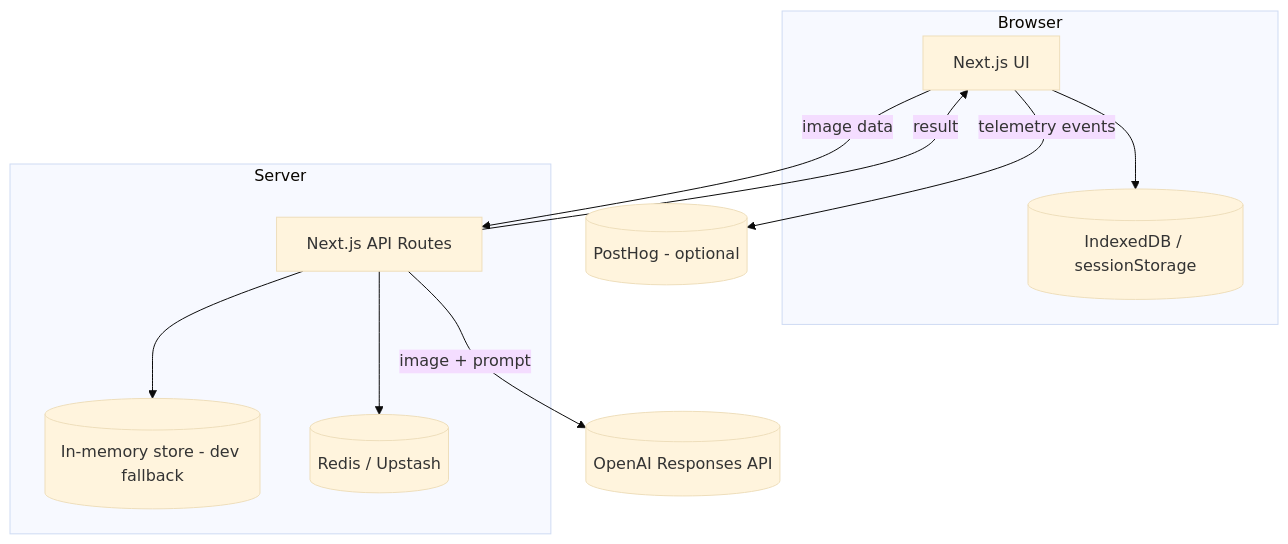
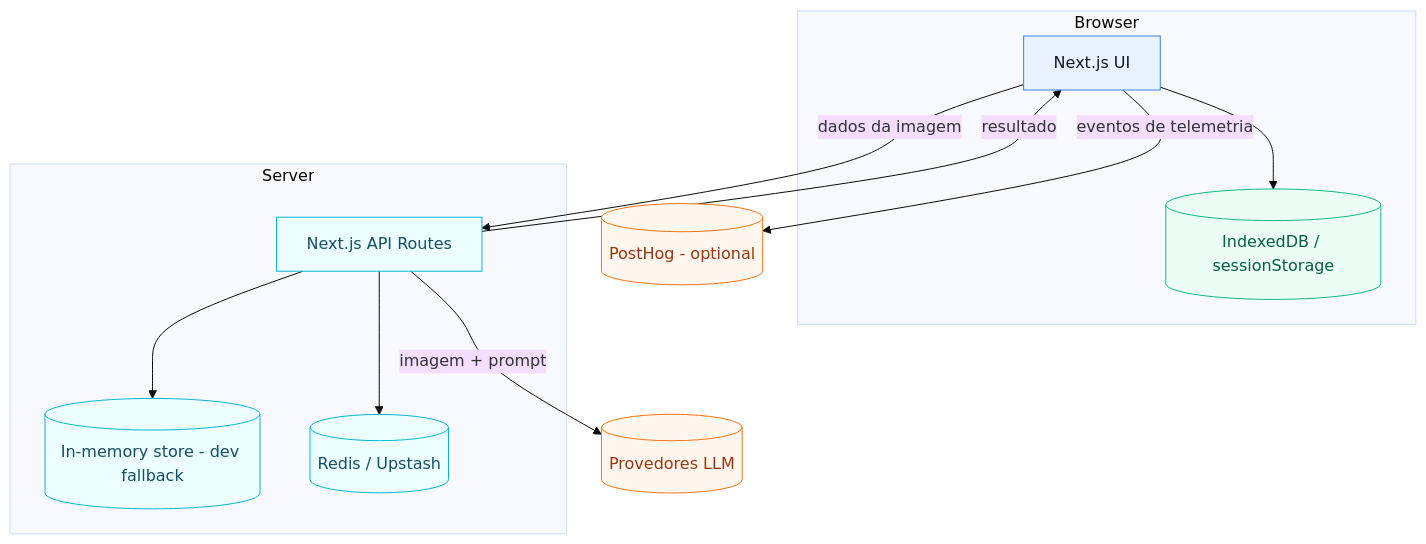
The diagram in docs/architecture/diagrams/C2.md (raferbati-br/entenda-o-documento), drawn with Mermaid (base theme) before and after one commit. The commit also changed other lines of this file and 26 other files, not shown here.

````diff
--- a/docs/architecture/diagrams/C2.md
+++ b/docs/architecture/diagrams/C2.md
@@ -12,23 +12,37 @@
 ```mermaid
 flowchart TB
-  subgraph Browser
+  %% Camadas
+  subgraph Browser[Browser]
     UI[Next.js UI]
     Storage[(IndexedDB / sessionStorage)]
   end
 
-  subgraph Server
+  subgraph Server[Server]
     API[Next.js API Routes]
     Memory[(In-memory store - dev fallback)]
     Redis[(Redis / Upstash)]
   end
 
+  LLM[(Provedores LLM)]
   PostHog[(PostHog - optional)]
 
-  UI -->|image data| API
+  %% Fluxos
+  UI -->|dados da imagem| API
   API --> Redis
   API --> Memory
-  API -->|image + prompt| OpenAI[(OpenAI Responses API)]
-  API -->|result| UI
+  API -->|imagem + prompt| LLM
+  API -->|resultado| UI
   UI --> Storage
-  UI -->|telemetry events| PostHog
+  UI -->|eventos de telemetria| PostHog
+
+  %% Cores
+  classDef browser fill:#e8f1ff,stroke:#3b82f6,stroke-width:1px,color:#111827;
+  classDef server fill:#ecfeff,stroke:#06b6d4,stroke-width:1px,color:#164e63;
+  classDef store fill:#ecfdf3,stroke:#10b981,stroke-width:1px,color:#065f46;
+  classDef external fill:#fff7ed,stroke:#f97316,stroke-width:1px,color:#9a3412;
+
+  class UI browser;
+  class Storage store;
+  class API,Memory,Redis server;
+  class LLM,PostHog external;
 ```
````
